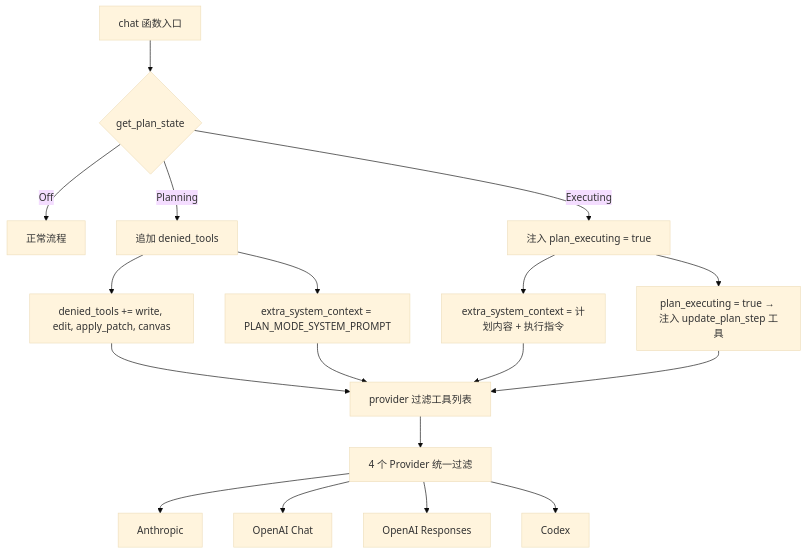
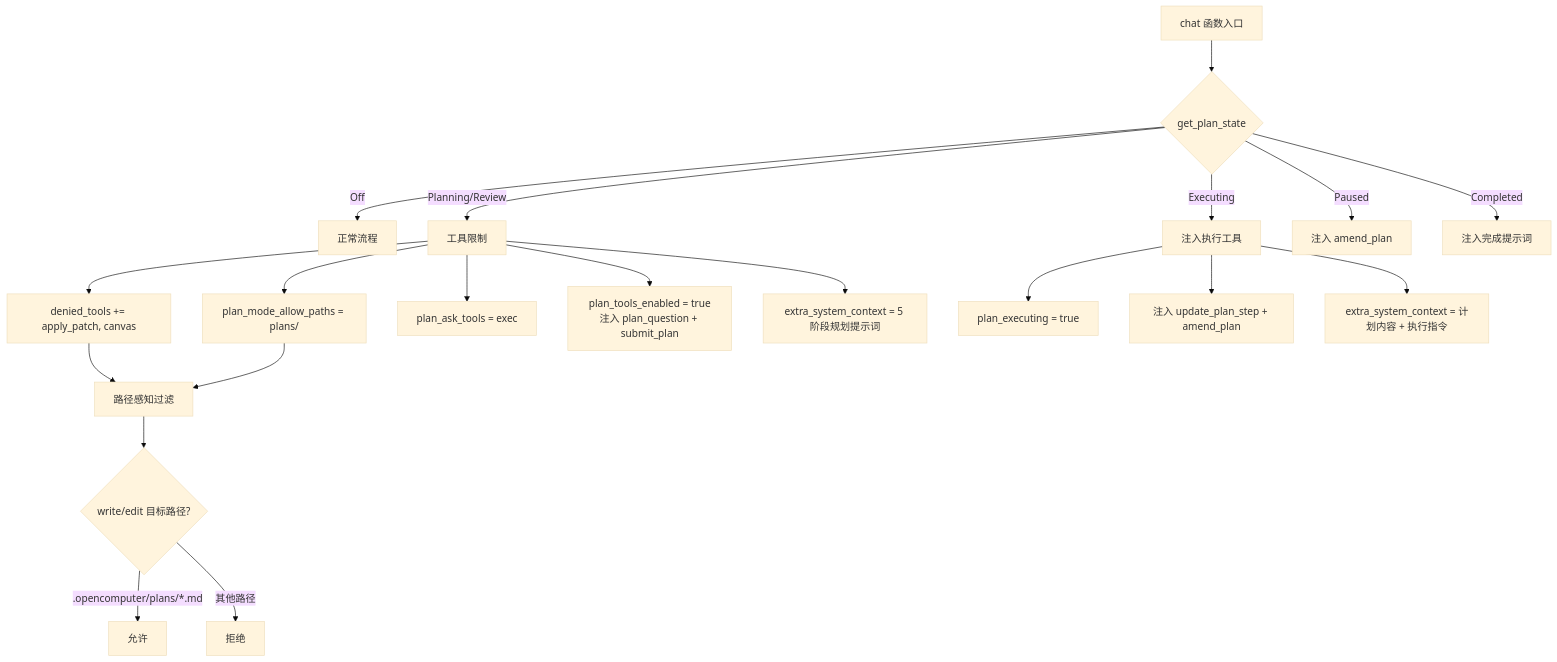
One commit to shiwenwen/hope-agent changed the third of 10 diagrams in docs/plan-mode.md. Above: the diagram before and after it, drawn with Mermaid (base theme). The commit also changed other lines of this file and 11 other files, not shown here.

First line of the commit message:
refactor: Plan Mode 双 Agent 架构重构 + PlanCardBlock 展开功能

````diff
--- a/docs/plan-mode.md
+++ b/docs/plan-mode.md
@@ -193,23 +319,25 @@
 ```mermaid
 flowchart TD
     A[chat 函数入口] --> B{get_plan_state}
     B -->|Off| C[正常流程]
-    B -->|Planning| D[追加 denied_tools]
-    B -->|Executing| E[注入 plan_executing = true]
+    B -->|Planning/Review| D[工具限制]
+    B -->|Executing| E[注入执行工具]
+    B -->|Paused| F[注入 amend_plan]
+    B -->|Completed| G[注入完成提示词]
 
-    D --> D1["denied_tools += write, edit, apply_patch, canvas"]
-    D --> D2["extra_system_context = PLAN_MODE_SYSTEM_PROMPT"]
-    D1 --> F[provider 过滤工具列表]
-    D2 --> F
+    D --> D1["denied_tools += apply_patch, canvas"]
+    D --> D2["plan_mode_allow_paths = plans/"]
+    D --> D3["plan_ask_tools = exec"]
+    D --> D4["plan_tools_enabled = true<br/>注入 plan_question + submit_plan"]
+    D --> D5["extra_system_context = 5 阶段规划提示词"]
 
-    E --> E1["extra_system_context = 计划内容 + 执行指令"]
-    E --> E2["plan_executing = true → 注入 update_plan_step 工具"]
-    E1 --> F
-    E2 --> F
+    D1 --> H[路径感知过滤]
+    D2 --> H
+    H --> H1{write/edit 目标路径?}
+    H1 -->|.opencomputer/plans/*.md| H2[允许]
+    H1 -->|其他路径| H3[拒绝]
 
-    F --> G[4 个 Provider 统一过滤]
-    G --> G1[Anthropic]
-    G --> G2[OpenAI Chat]
-    G --> G3[OpenAI Responses]
-    G --> G4[Codex]
+    E --> E1["plan_executing = true"]
+    E --> E2["注入 update_plan_step + amend_plan"]
+    E --> E3["extra_system_context = 计划内容 + 执行指令"]
 ```
````
